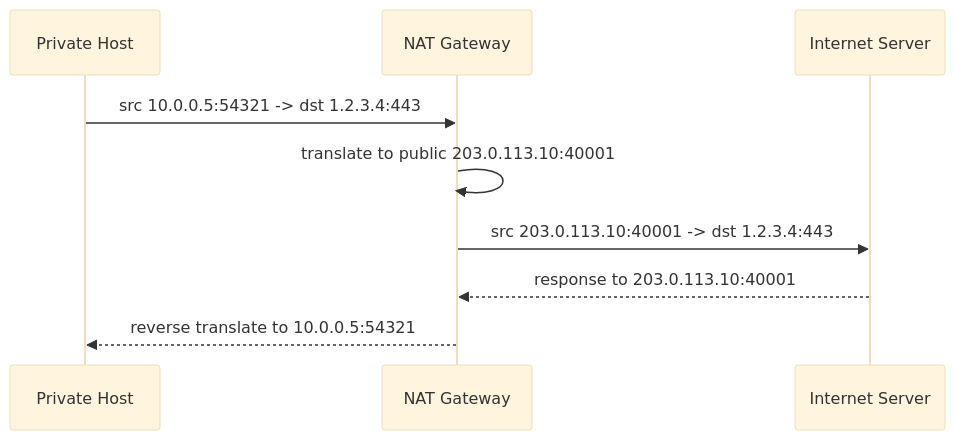
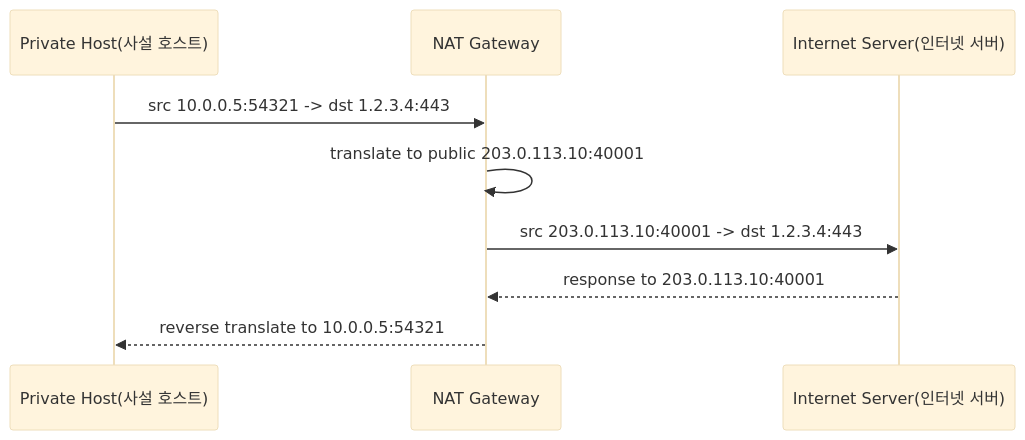
Before and after one commit to mandoobox/mandoobox.github.io: diagram 14 of 39 in _posts/cs-note/2026-02-27-network.md, drawn with Mermaid (base theme). The commit also changed other lines of this file and 18 other files, not shown here.

````diff
--- a/_posts/cs-note/2026-02-27-network.md
+++ b/_posts/cs-note/2026-02-27-network.md
@@ -402,11 +402,11 @@
 ```mermaid
 sequenceDiagram
-  participant C as Private Host
+  participant C as Private Host(사설 호스트)
   participant N as NAT Gateway
-  participant S as Internet Server
+  participant S as Internet Server(인터넷 서버)
   C->>N: src 10.0.0.5:54321 -> dst 1.2.3.4:443
   N->>N: translate to public 203.0.113.10:40001
   N->>S: src 203.0.113.10:40001 -> dst 1.2.3.4:443
   S-->>N: response to 203.0.113.10:40001
   N-->>C: reverse translate to 10.0.0.5:54321
 ```
````
